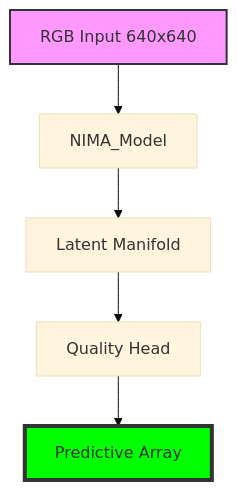
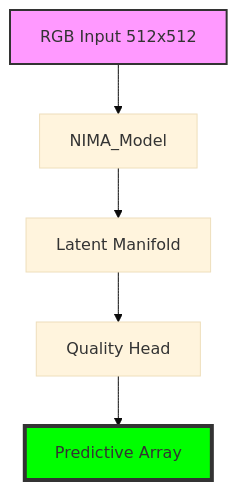
The diagram in nima_technical/README.md (lemgenda/lemgendary-pretrained-models), drawn with Mermaid (base theme) before and after one commit. The commit also changed other lines of this file and 5 other files, not shown here.

Commit message:
feat: add NIMA technical scorer model artifacts and training documentation

````diff
--- a/nima_technical/README.md
+++ b/nima_technical/README.md
@@ -17,10 +17,10 @@
 ```mermaid
 graph TD
-    Input[RGB Input 640x640] --> Backbone[NIMA_Model]
+    Input[RGB Input 512x512] --> Backbone[NIMA_Model]
     Backbone --> Manifold[Latent Manifold]
     Manifold --> Head[Quality Head]
     Head --> Output[Predictive Array]
     
     style Input fill:#f9f,stroke:#333,stroke-width:2px
     style Output fill:#00ff00,stroke:#333,stroke-width:4px
 ```
````
